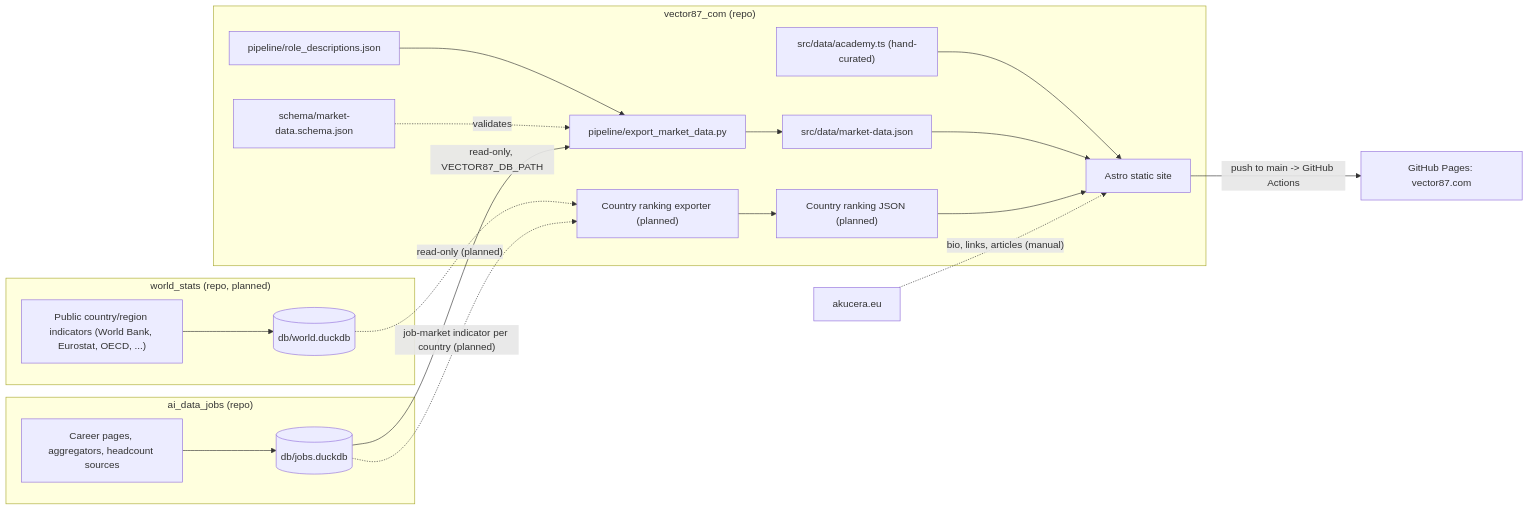
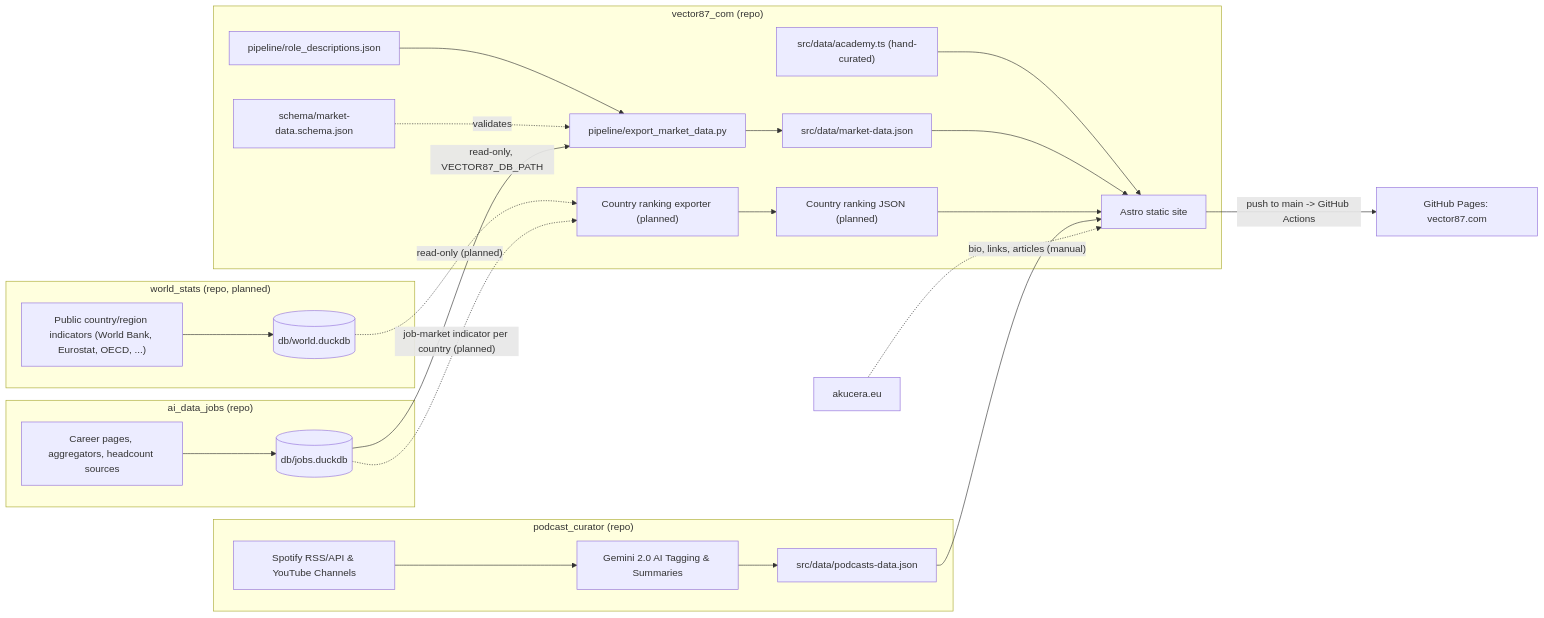
The diagram in docs/architecture.md (antoninkucera/vector87), drawn with Mermaid before and after one commit. The commit also changed other lines of this file and 9 other files, not shown here.

Commit message:
feat(academy): Add Data & AI podcasts and media radar with Gemini AI summaries and internal topic mesh

````diff
--- a/docs/architecture.md
+++ b/docs/architecture.md
@@ -8,23 +8,27 @@
 ```mermaid
 flowchart LR
     subgraph ADJ["ai_data_jobs (repo)"]
         ADJ_SRC["Career pages, aggregators, headcount sources"] --> ADJ_DB[("db/jobs.duckdb")]
     end
     subgraph WS["world_stats (repo, planned)"]
         WS_SRC["Public country/region indicators (World Bank, Eurostat, OECD, ...)"] --> WS_DB[("db/world.duckdb")]
+    end
+    subgraph PC["podcast_curator (repo)"]
+        PC_SRC["Spotify RSS/API & YouTube Channels"] --> PC_TAG["Gemini 2.0 AI Tagging & Summaries"] --> PC_JSON["src/data/podcasts-data.json"]
     end
     subgraph V87["vector87_com (repo)"]
         EXP["pipeline/export_market_data.py"] --> JSON["src/data/market-data.json"]
         DESC["pipeline/role_descriptions.json"] --> EXP
         SCHEMA["schema/market-data.schema.json"] -. validates .-> EXP
         WS_EXP["Country ranking exporter (planned)"] --> WS_JSON["Country ranking JSON (planned)"]
         ACAD["src/data/academy.ts (hand-curated)"] --> SITE["Astro static site"]
         JSON --> SITE
         WS_JSON --> SITE
+        PC_JSON --> SITE
     end
     ADJ_DB -- "read-only, VECTOR87_DB_PATH" --> EXP
     WS_DB -. "read-only (planned)" .-> WS_EXP
     ADJ_DB -. "job-market indicator per country (planned)" .-> WS_EXP
     SITE -- "push to main -> GitHub Actions" --> PAGES["GitHub Pages: vector87.com"]
     AKU["akucera.eu"] -. "bio, links, articles (manual)" .-> SITE
 ```
````
